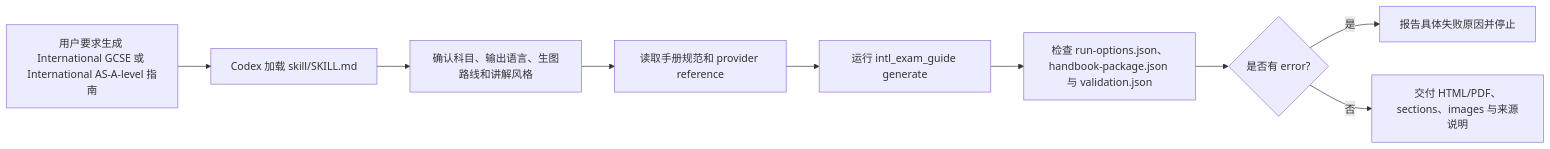
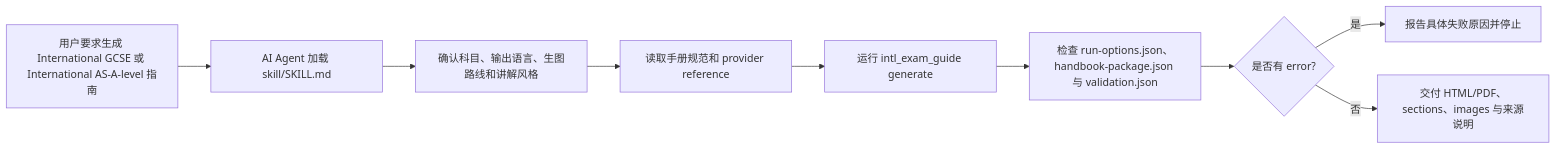
Before and after one commit to ethanzhangliang-creator/international-exam-guide: the second of 2 diagrams in docs/SKILL_EXPLAINED.md, drawn with Mermaid. The commit also changed other lines of this file and 30 other files, not shown here.

````diff
--- a/docs/SKILL_EXPLAINED.md
+++ b/docs/SKILL_EXPLAINED.md
@@ -78,11 +78,11 @@
 ```mermaid
 flowchart LR
-  A["用户要求生成 International GCSE 或 International AS-A-level 指南"] --> B["Codex 加载 skill/SKILL.md"]
+  A["用户要求生成 International GCSE 或 International AS-A-level 指南"] --> B["AI Agent 加载 skill/SKILL.md"]
   B --> C["确认科目、输出语言、生图路线和讲解风格"]
   C --> D["读取手册规范和 provider reference"]
   D --> E["运行 intl_exam_guide generate"]
   E --> F["检查 run-options.json、handbook-package.json 与 validation.json"]
   F --> G{"是否有 error?"}
   G -->|是| H["报告具体失败原因并停止"]
   G -->|否| I["交付 HTML/PDF、sections、images 与来源说明"]
 ```
````
